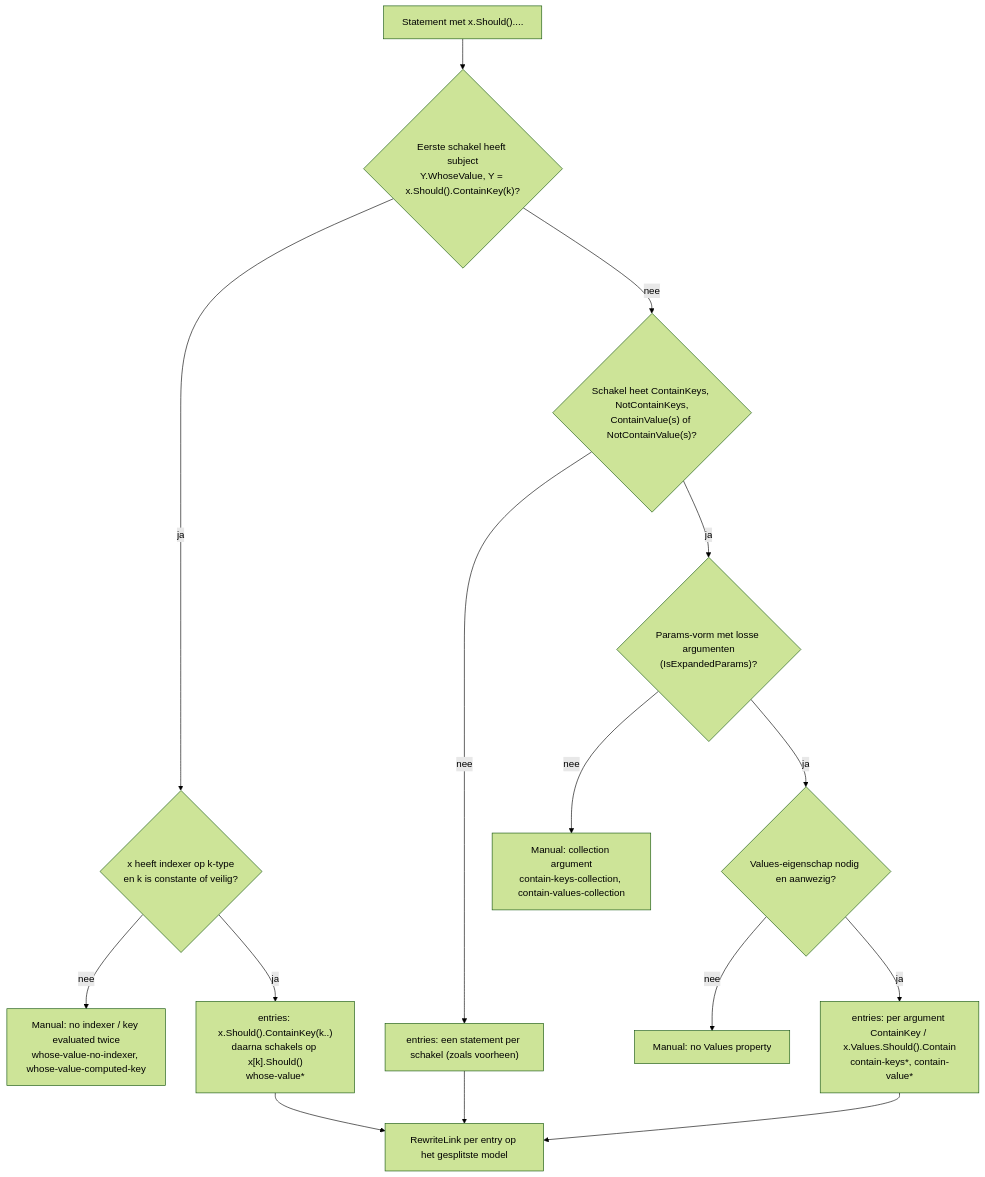
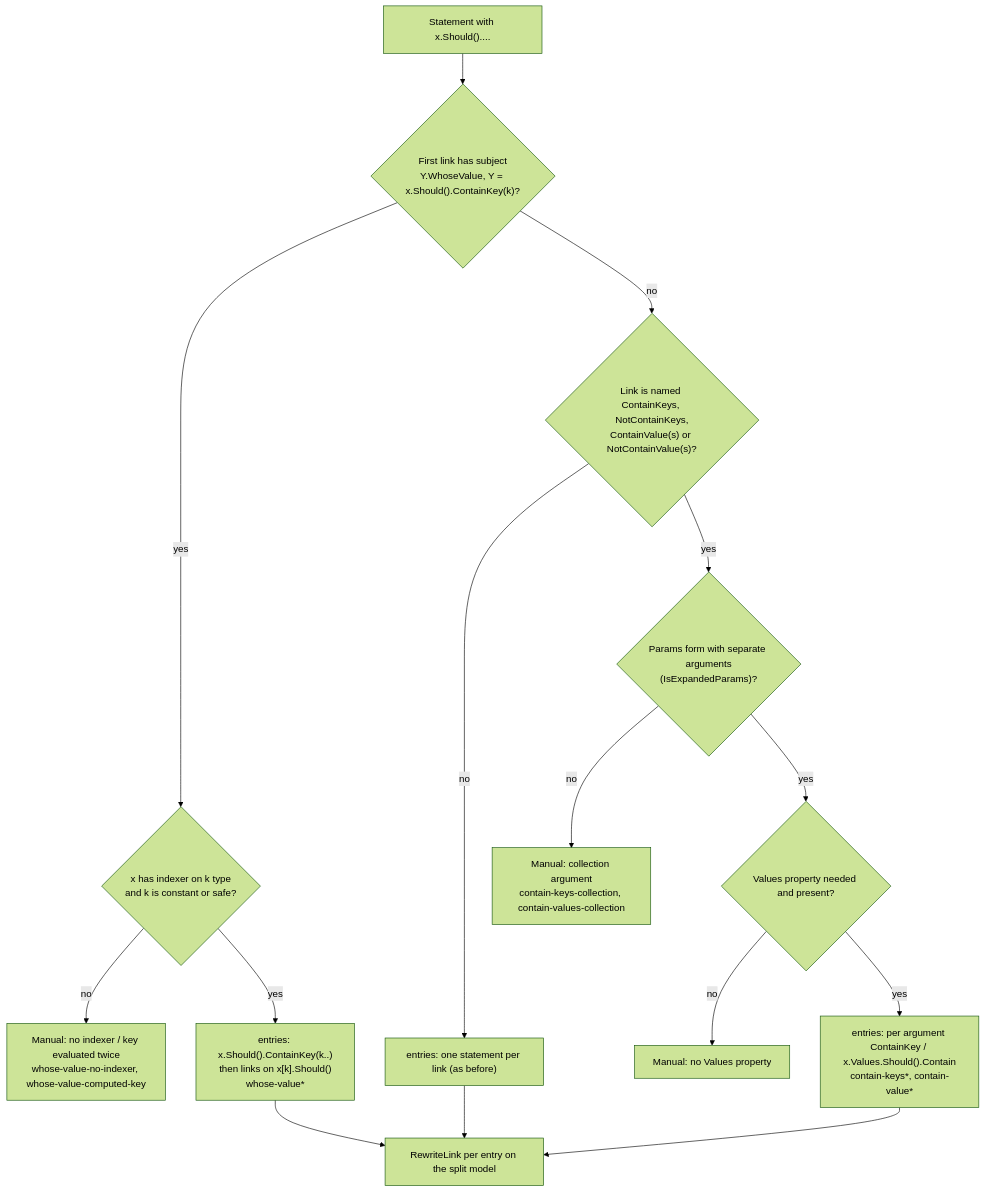
Before and after one commit to ATkingma/unshackle: the diagram in docs/projectinfo/patterns/fa-and-chain-modellen.md, drawn with Mermaid (forest theme). The commit also changed other lines of this file and 415 other files, not shown here.

````diff
--- a/docs/projectinfo/patterns/fa-and-chain-modellen.md
+++ b/docs/projectinfo/patterns/fa-and-chain-modellen.md
@@ -51,17 +51,17 @@
 ```mermaid
 flowchart TD
-    A["Statement met x.Should()...."] --> B{"Eerste schakel heeft subject<br/>Y.WhoseValue, Y = x.Should().ContainKey(k)?"}
-    B -- ja --> C{"x heeft indexer op k-type<br/>en k is constante of veilig?"}
-    C -- nee --> M1["Manual: no indexer / key evaluated twice<br/>whose-value-no-indexer, whose-value-computed-key"]
-    C -- ja --> D["entries: x.Should().ContainKey(k..)<br/>daarna schakels op x[k].Should()<br/>whose-value*"]
-    B -- nee --> E{"Schakel heet ContainKeys, NotContainKeys,<br/>ContainValue(s) of NotContainValue(s)?"}
-    E -- nee --> F["entries: een statement per schakel (zoals voorheen)"]
-    E -- ja --> G{"Params-vorm met losse argumenten<br/>(IsExpandedParams)?"}
-    G -- nee --> M2["Manual: collection argument<br/>contain-keys-collection, contain-values-collection"]
-    G -- ja --> H{"Values-eigenschap nodig en aanwezig?"}
-    H -- nee --> M3["Manual: no Values property"]
-    H -- ja --> I["entries: per argument ContainKey / x.Values.Should().Contain<br/>contain-keys*, contain-value*"]
-    D --> J["RewriteLink per entry op het gesplitste model"]
+    A["Statement with x.Should()...."] --> B{"First link has subject<br/>Y.WhoseValue, Y = x.Should().ContainKey(k)?"}
+    B -- yes --> C{"x has indexer on k type<br/>and k is constant or safe?"}
+    C -- no --> M1["Manual: no indexer / key evaluated twice<br/>whose-value-no-indexer, whose-value-computed-key"]
+    C -- yes --> D["entries: x.Should().ContainKey(k..)<br/>then links on x[k].Should()<br/>whose-value*"]
+    B -- no --> E{"Link is named ContainKeys, NotContainKeys,<br/>ContainValue(s) or NotContainValue(s)?"}
+    E -- no --> F["entries: one statement per link (as before)"]
+    E -- yes --> G{"Params form with separate arguments<br/>(IsExpandedParams)?"}
+    G -- no --> M2["Manual: collection argument<br/>contain-keys-collection, contain-values-collection"]
+    G -- yes --> H{"Values property needed and present?"}
+    H -- no --> M3["Manual: no Values property"]
+    H -- yes --> I["entries: per argument ContainKey / x.Values.Should().Contain<br/>contain-keys*, contain-value*"]
+    D --> J["RewriteLink per entry on the split model"]
     F --> J
     I --> J
 ```
````
